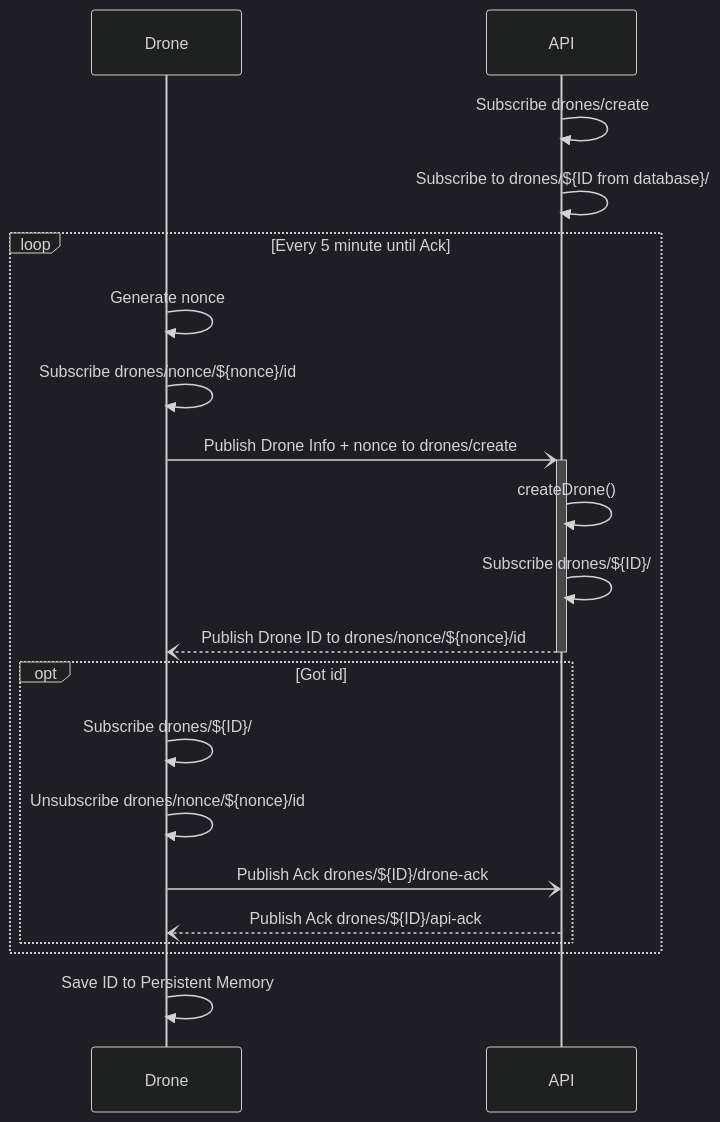
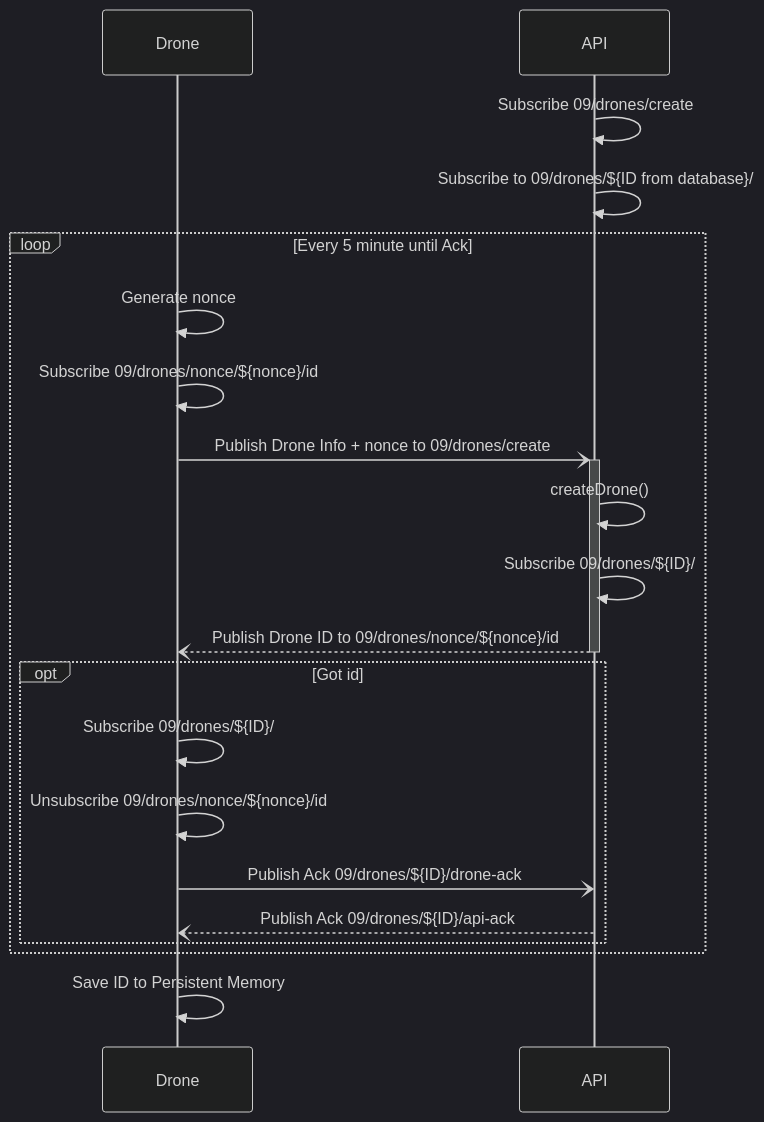
The diagram in sequence-diagrams-mermaid/drone-create.md (eliashetland/ttm4115), drawn with Mermaid (dark theme) before and after one commit. The commit also changed 13 other files, not shown here.

````diff
--- a/sequence-diagrams-mermaid/drone-create.md
+++ b/sequence-diagrams-mermaid/drone-create.md
@@ -3,35 +3,35 @@
 ```mermaid
 sequenceDiagram
     participant Drone
     participant API
 
-    API->>API: Subscribe drones/create
+    API->>API: Subscribe 09/drones/create
 
-    API->>API: Subscribe to drones/${ID from database}/#
+    API->>API: Subscribe to 09/drones/${ID from database}/#
 
     loop Every 5 minute until Ack
         Drone->>Drone: Generate nonce
 
-        Drone->>Drone: Subscribe drones/nonce/${nonce}/id
+        Drone->>Drone: Subscribe 09/drones/nonce/${nonce}/id
 
-        Drone-)+API: Publish Drone Info + nonce to drones/create
+        Drone-)+API: Publish Drone Info + nonce to 09/drones/create
 
         API->>API: createDrone()
 
-        API->>API: Subscribe drones/${ID}/#
+        API->>API: Subscribe 09/drones/${ID}/#
 
-        API--)-Drone: Publish Drone ID to drones/nonce/${nonce}/id
+        API--)-Drone: Publish Drone ID to 09/drones/nonce/${nonce}/id
 
         opt Got id
-            Drone->>Drone: Subscribe drones/${ID}/#
+            Drone->>Drone: Subscribe 09/drones/${ID}/#
 
-            Drone->>Drone: Unsubscribe drones/nonce/${nonce}/id
+            Drone->>Drone: Unsubscribe 09/drones/nonce/${nonce}/id
 
-            Drone-)API: Publish Ack drones/${ID}/drone-ack
+            Drone-)API: Publish Ack 09/drones/${ID}/drone-ack
 
-            API--)Drone: Publish Ack drones/${ID}/api-ack
+            API--)Drone: Publish Ack 09/drones/${ID}/api-ack
         end
     end
 
     Drone->>Drone: Save ID to Persistent Memory
 ```
````
